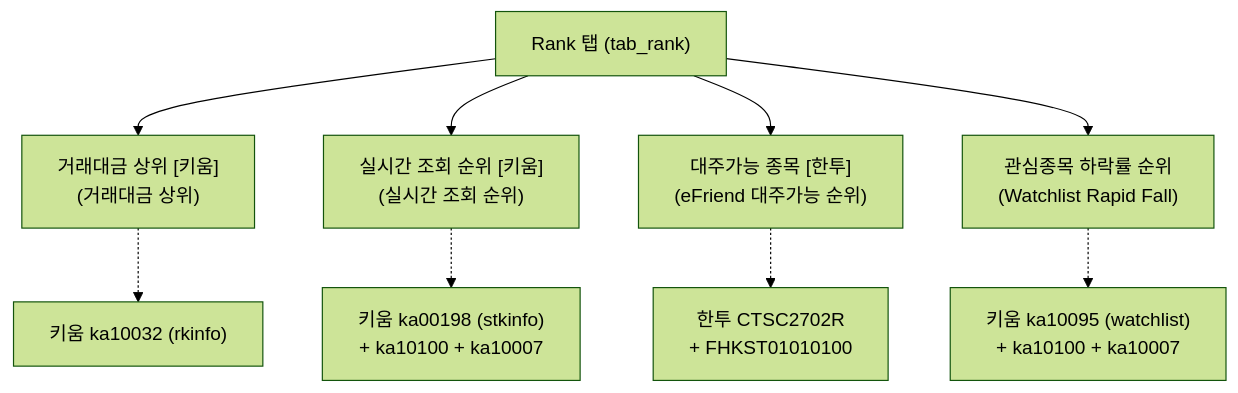
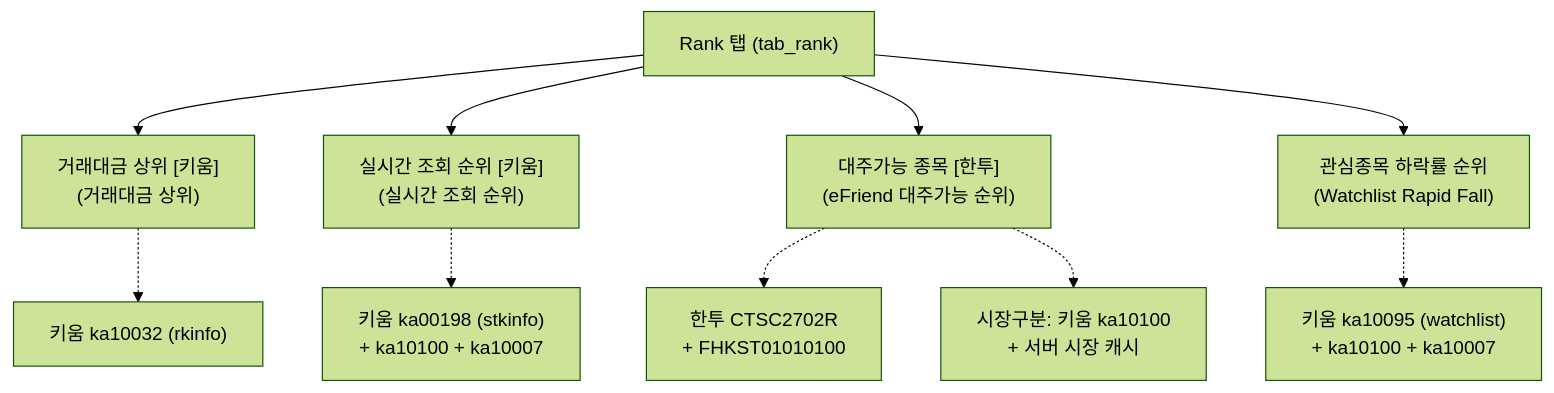
Before and after one commit to idhaha/kiwoom_realtimerank: the first of 5 diagrams in docs/SYSTEM_SPECIFICATION.md, drawn with Mermaid (forest theme). The commit also changed other lines of this file and 2 other files, not shown here.

````diff
--- a/docs/SYSTEM_SPECIFICATION.md
+++ b/docs/SYSTEM_SPECIFICATION.md
@@ -55,12 +56,13 @@
 ```mermaid
 flowchart TD
     RankTab["Rank 탭 (tab_rank)"] --> Panel1["거래대금 상위 [키움]<br/>(거래대금 상위)"]
     RankTab --> Panel2["실시간 조회 순위 [키움]<br/>(실시간 조회 순위)"]
     RankTab --> Panel3["대주가능 종목 [한투]<br/>(eFriend 대주가능 순위)"]
     RankTab --> Panel4["관심종목 하락률 순위<br/>(Watchlist Rapid Fall)"]
     
     Panel1 -.-> KiwoomAPI1["키움 ka10032 (rkinfo)"]
     Panel2 -.-> KiwoomAPI2["키움 ka00198 (stkinfo)<br/>+ ka10100 + ka10007"]
     Panel3 -.-> EfriendAPI["한투 CTSC2702R<br/>+ FHKST01010100"]
+    Panel3 -.-> KiwoomMarketAPI["시장구분: 키움 ka10100<br/>+ 서버 시장 캐시"]
     Panel4 -.-> KiwoomAPI3["키움 ka10095 (watchlist)<br/>+ ka10100 + ka10007"]
 ```
````
